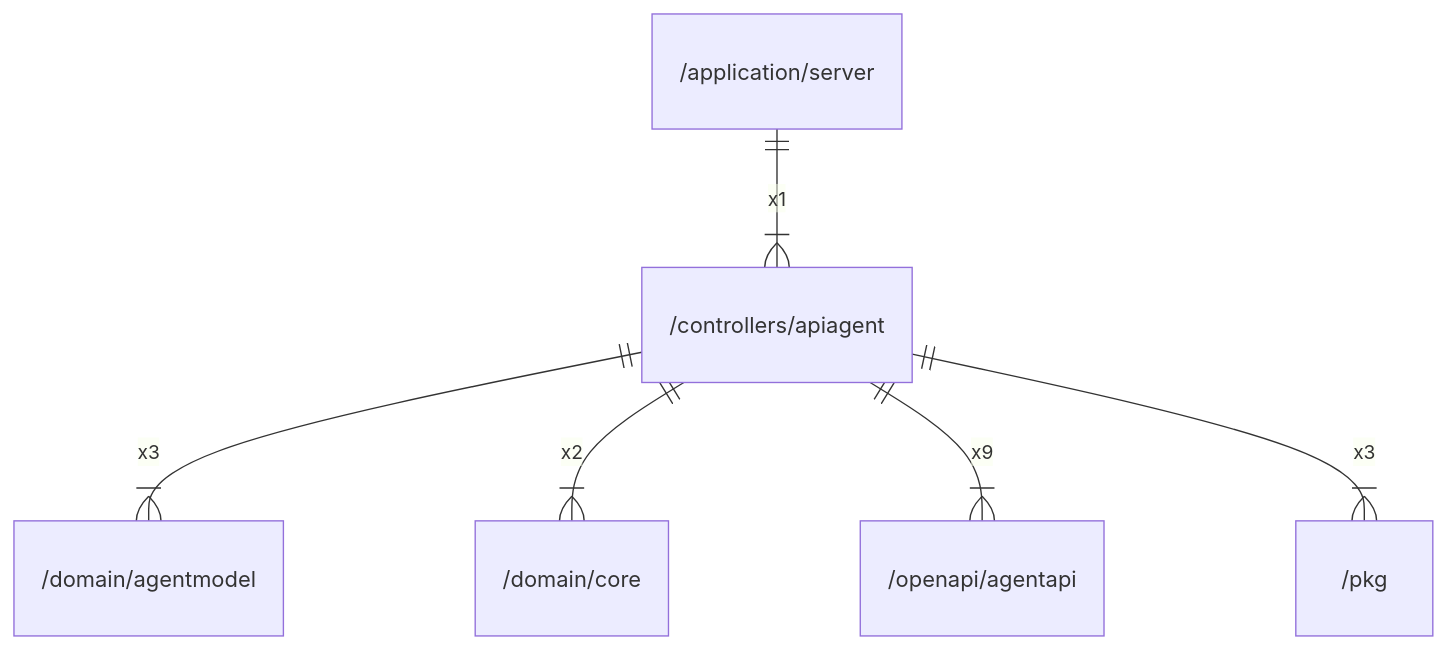
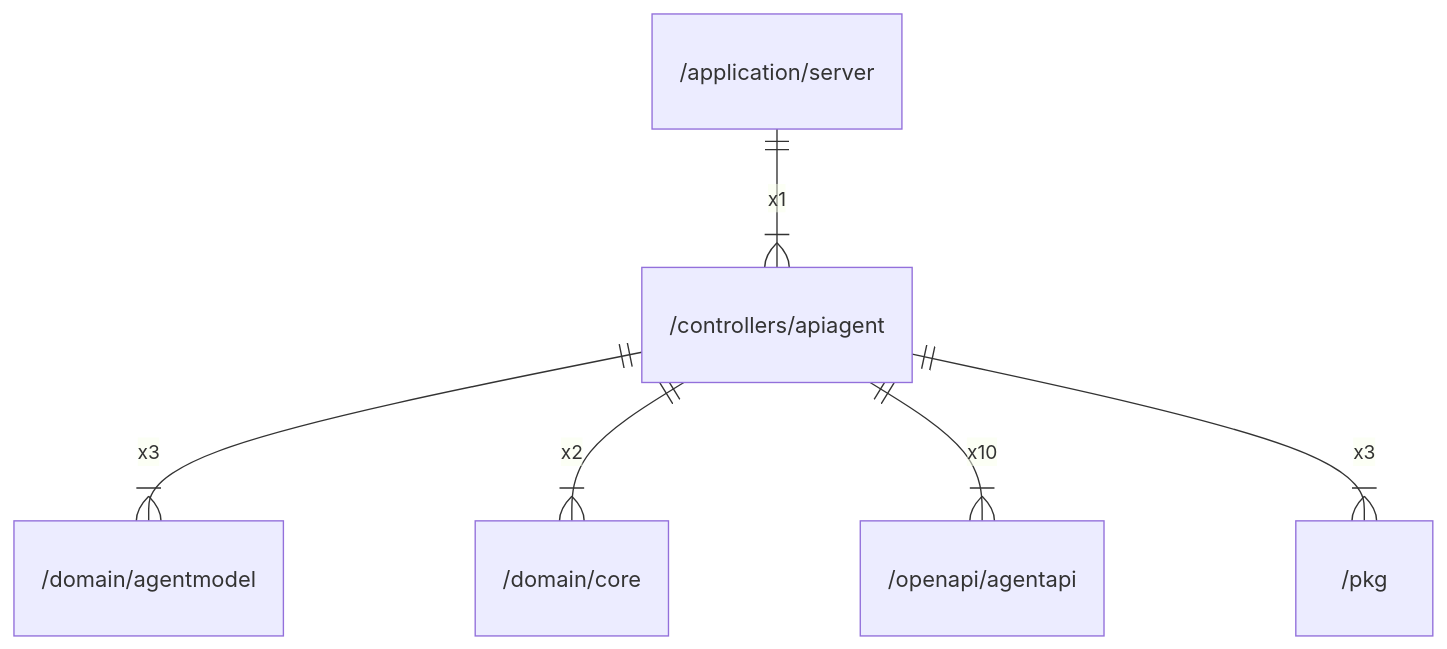
Before and after one commit to gbh007/hgraber-next: the diagram in docs/arch/controllers/apiagent.md, drawn with Mermaid. The commit also changed other lines of this file and 98 other files, not shown here.

````diff
--- a/docs/arch/controllers/apiagent.md
+++ b/docs/arch/controllers/apiagent.md
@@ -40,8 +52,8 @@
 ```mermaid
 erDiagram
     "/application/server" ||--|{ "/controllers/apiagent" : x1
     "/controllers/apiagent" ||--|{ "/domain/agentmodel" : x3
     "/controllers/apiagent" ||--|{ "/domain/core" : x2
-    "/controllers/apiagent" ||--|{ "/openapi/agentapi" : x9
+    "/controllers/apiagent" ||--|{ "/openapi/agentapi" : x10
     "/controllers/apiagent" ||--|{ "/pkg" : x3
 ```
````
